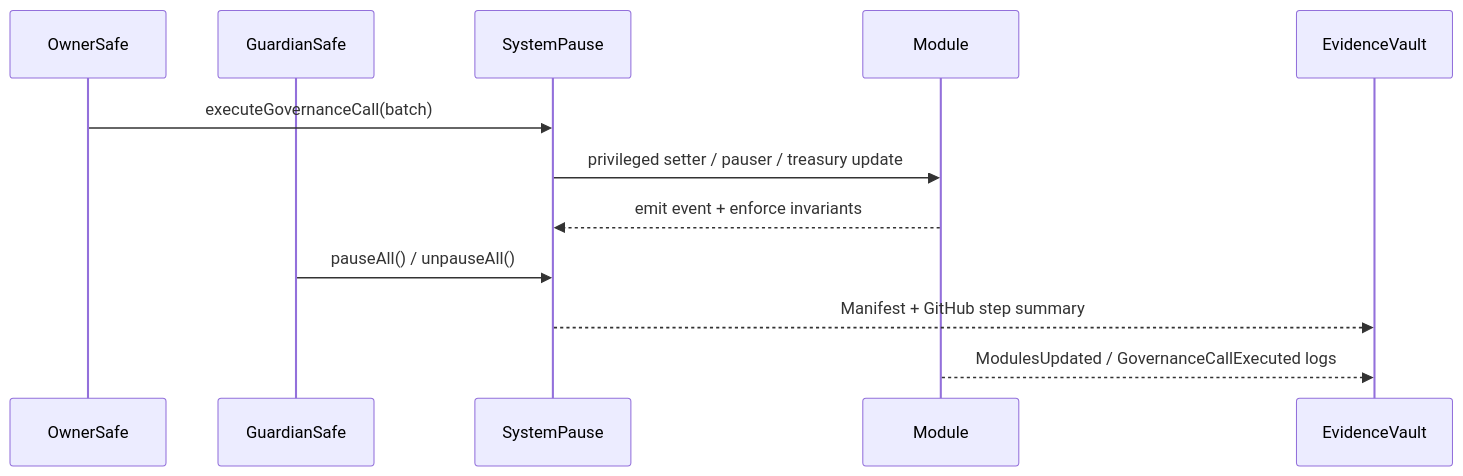
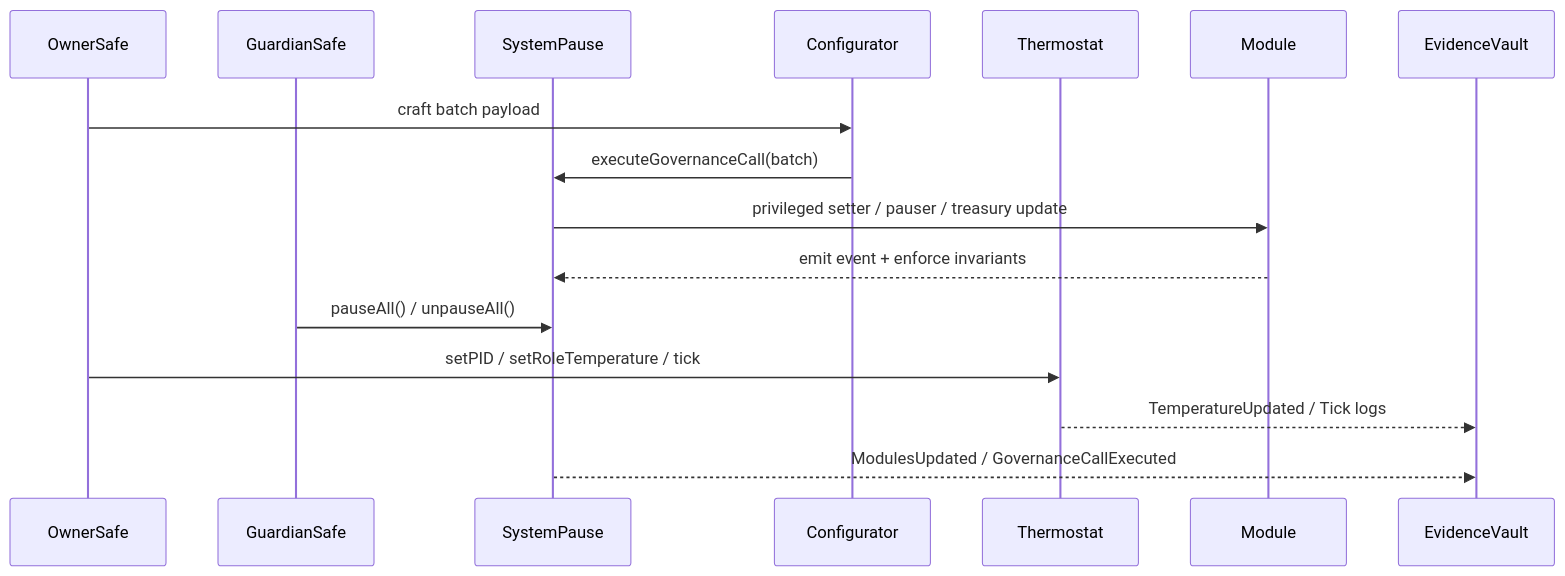
The second of 5 diagrams in docs/README.md (MontrealAI/agijobs-sovereign-labor-v0p1), drawn with Mermaid before and after one commit. The commit also changed other lines of this file, not shown here.

````diff
--- a/docs/README.md
+++ b/docs/README.md
@@ -114,14 +126,18 @@
 ```mermaid
 sequenceDiagram
     participant OwnerSafe
     participant GuardianSafe
     participant SystemPause
+    participant Configurator
+    participant Thermostat
     participant Module
     participant EvidenceVault
-    OwnerSafe->>SystemPause: executeGovernanceCall(batch)
+    OwnerSafe->>Configurator: craft batch payload
+    Configurator->>SystemPause: executeGovernanceCall(batch)
     SystemPause->>Module: privileged setter / pauser / treasury update
     Module-->>SystemPause: emit event + enforce invariants
     GuardianSafe->>SystemPause: pauseAll() / unpauseAll()
-    SystemPause-->>EvidenceVault: Manifest + GitHub step summary
-    Module-->>EvidenceVault: ModulesUpdated / GovernanceCallExecuted logs
+    OwnerSafe->>Thermostat: setPID / setRoleTemperature / tick
+    Thermostat-->>EvidenceVault: TemperatureUpdated / Tick logs
+    SystemPause-->>EvidenceVault: ModulesUpdated / GovernanceCallExecuted
 ```
````
